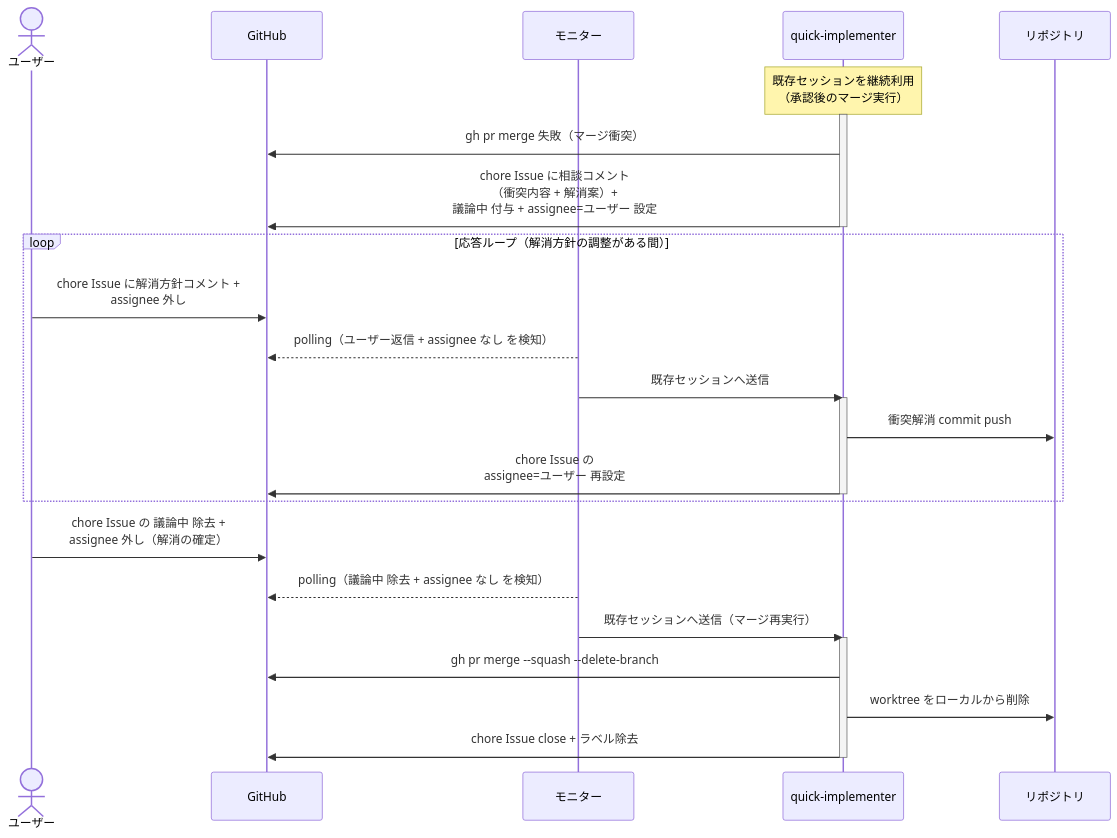
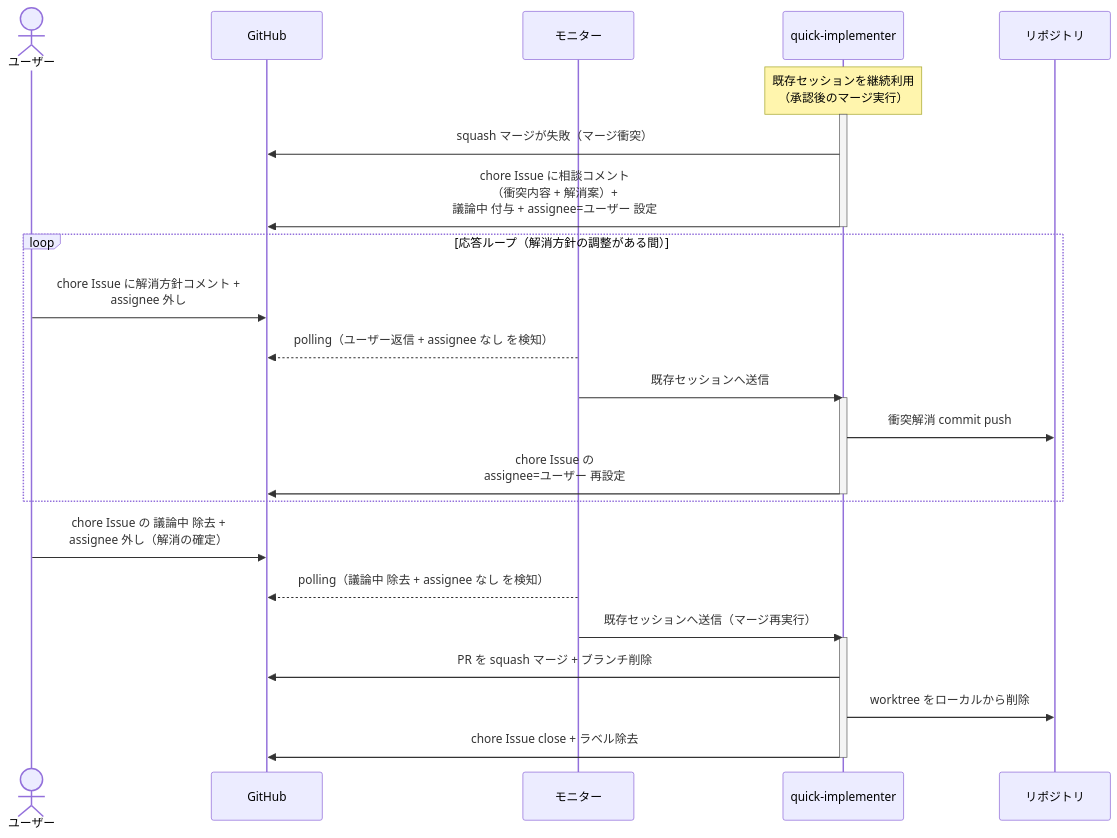
One commit to shuhei1101/ai-monitor changed the second of 2 diagrams in docs/wiki/設計図/シナリオ/単一ユースケース/軽微修正の直接マージ.md. Above: the diagram before and after it, drawn with Mermaid. The commit also changed other lines of this file and 304 other files, not shown here.

````diff
--- a/docs/wiki/設計図/シナリオ/単一ユースケース/軽微修正の直接マージ.md
+++ b/docs/wiki/設計図/シナリオ/単一ユースケース/軽微修正の直接マージ.md
@@ -87,33 +87,33 @@
 ```mermaid
 sequenceDiagram
   actor U as ユーザー
   participant GH as GitHub
   participant ORC as モニター
   participant MON as quick-implementer
   participant REPO as リポジトリ
 
   Note over MON: 既存セッションを継続利用<br>（承認後のマージ実行）
   activate MON
-  MON->>GH: gh pr merge 失敗（マージ衝突）
+  MON->>GH: squash マージが失敗（マージ衝突）
   MON->>GH: chore Issue に相談コメント<br>（衝突内容 + 解消案）+<br>議論中 付与 + assignee=ユーザー 設定
   deactivate MON
 
   loop 応答ループ（解消方針の調整がある間）
     U->>GH: chore Issue に解消方針コメント +<br>assignee 外し
     ORC-->>GH: polling（ユーザー返信 + assignee なし を検知）
     ORC->>MON: 既存セッションへ送信
     activate MON
     MON->>REPO: 衝突解消 commit push
     MON->>GH: chore Issue の<br>assignee=ユーザー 再設定
     deactivate MON
   end
 
   U->>GH: chore Issue の 議論中 除去 +<br>assignee 外し（解消の確定）
   ORC-->>GH: polling（議論中 除去 + assignee なし を検知）
   ORC->>MON: 既存セッションへ送信（マージ再実行）
   activate MON
-  MON->>GH: gh pr merge --squash --delete-branch
+  MON->>GH: PR を squash マージ + ブランチ削除
   MON->>REPO: worktree をローカルから削除
   MON->>GH: chore Issue close + ラベル除去
   deactivate MON
 ```
````
